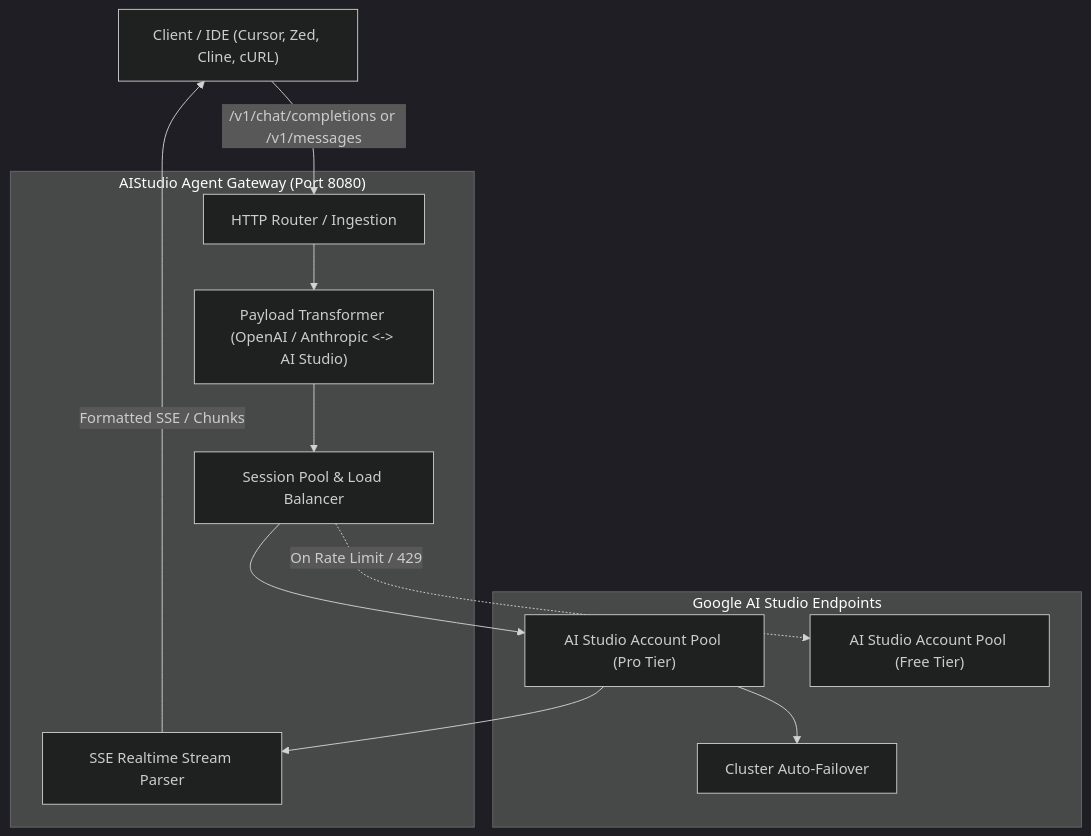
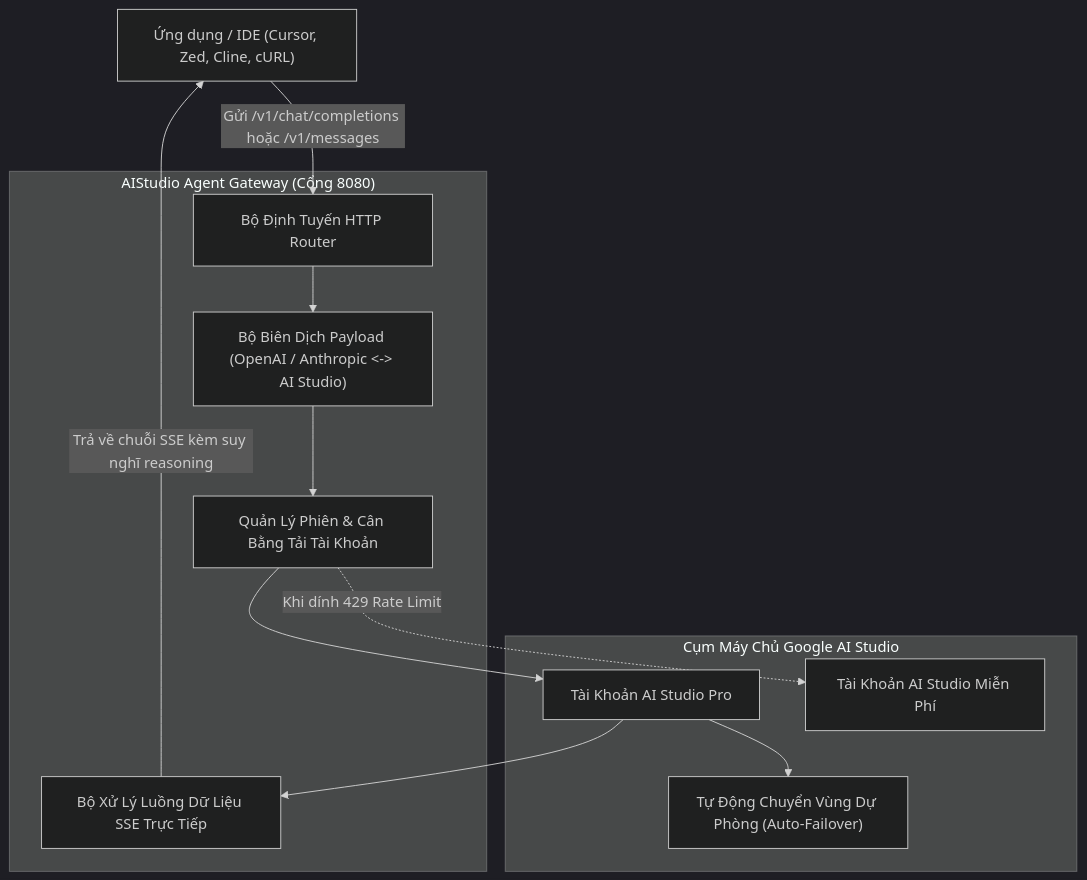
Before and after one commit to RealTrueHieu/aistudio-agent: the diagram in README.md, drawn with Mermaid (dark theme). The commit also changed other lines of this file, not shown here.

````diff
--- a/README.md
+++ b/README.md
@@ -34,26 +34,26 @@
 ```mermaid
 graph TD
-    Client["Client / IDE (Cursor, Zed, Cline, cURL)"]
+    Client["Ứng dụng / IDE (Cursor, Zed, Cline, cURL)"]
     
-    subgraph AIStudioAgent ["AIStudio Agent Gateway (Port 8080)"]
-        Router["HTTP Router / Ingestion"]
-        Transformer["Payload Transformer (OpenAI / Anthropic <-> AI Studio)"]
-        SessionPool["Session Pool & Load Balancer"]
-        Streamer["SSE Realtime Stream Parser"]
+    subgraph AIStudioAgent ["AIStudio Agent Gateway (Cổng 8080)"]
+        Router["Bộ Định Tuyến HTTP Router"]
+        Transformer["Bộ Biên Dịch Payload (OpenAI / Anthropic <-> AI Studio)"]
+        SessionPool["Quản Lý Phiên & Cân Bằng Tải Tài Khoản"]
+        Streamer["Bộ Xử Lý Luồng Dữ Liệu SSE Trực Tiếp"]
     end
     
-    subgraph Upstream ["Google AI Studio Endpoints"]
-        AIS1["AI Studio Account Pool (Pro Tier)"]
-        AIS2["AI Studio Account Pool (Free Tier)"]
-        Failover["Cluster Auto-Failover"]
+    subgraph Upstream ["Cụm Máy Chủ Google AI Studio"]
+        AIS1["Tài Khoản AI Studio Pro"]
+        AIS2["Tài Khoản AI Studio Miễn Phí"]
+        Failover["Tự Động Chuyển Vùng Dự Phòng (Auto-Failover)"]
     end
     
-    Client -->|/v1/chat/completions or /v1/messages| Router
+    Client -->|Gửi /v1/chat/completions hoặc /v1/messages| Router
     Router --> Transformer
     Transformer --> SessionPool
     SessionPool --> AIS1
-    SessionPool -.->|On Rate Limit / 429| AIS2
+    SessionPool -.->|Khi dính 429 Rate Limit| AIS2
     AIS1 --> Failover
     AIS1 --> Streamer
-    Streamer -->|Formatted SSE / Chunks| Client
+    Streamer -->|Trả về chuỗi SSE kèm suy nghĩ reasoning| Client
 ```
````
